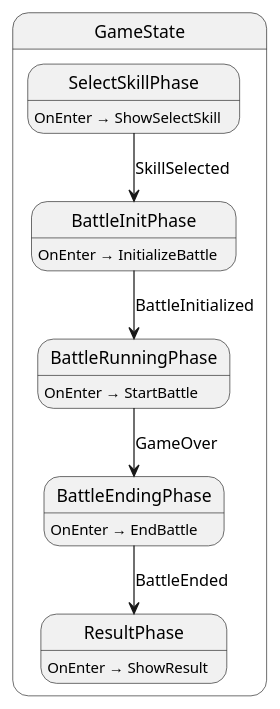
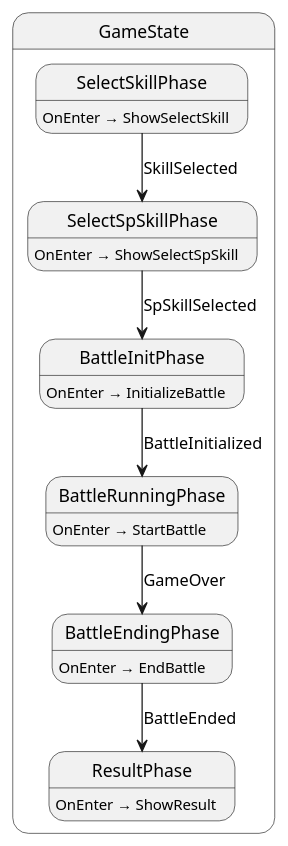
Before and after one commit to Ygoat/EternalJourney: the diagram in src/game/state/GameLogic.g.puml, drawn with PlantUML. The commit also changed 30 other files, not shown here.

```diff
--- a/src/game/state/GameLogic.g.puml
+++ b/src/game/state/GameLogic.g.puml
@@ -1,20 +1,23 @@
 @startuml GameState
 state "GameState" as EternalJourney_Game_State_GameState {
   state "BattleEndingPhase" as EternalJourney_Game_State_GameState_BattleEndingPhase
   state "BattleInitPhase" as EternalJourney_Game_State_GameState_BattleInitPhase
   state "BattleRunningPhase" as EternalJourney_Game_State_GameState_BattleRunningPhase
   state "ResultPhase" as EternalJourney_Game_State_GameState_ResultPhase
   state "SelectSkillPhase" as EternalJourney_Game_State_GameState_SelectSkillPhase
+  state "SelectSpSkillPhase" as EternalJourney_Game_State_GameState_SelectSpSkillPhase
 }
 
 EternalJourney_Game_State_GameState_BattleEndingPhase --> EternalJourney_Game_State_GameState_ResultPhase : BattleEnded
 EternalJourney_Game_State_GameState_BattleInitPhase --> EternalJourney_Game_State_GameState_BattleRunningPhase : BattleInitialized
 EternalJourney_Game_State_GameState_BattleRunningPhase --> EternalJourney_Game_State_GameState_BattleEndingPhase : GameOver
-EternalJourney_Game_State_GameState_SelectSkillPhase --> EternalJourney_Game_State_GameState_BattleInitPhase : SkillSelected
+EternalJourney_Game_State_GameState_SelectSkillPhase --> EternalJourney_Game_State_GameState_SelectSpSkillPhase : SkillSelected
+EternalJourney_Game_State_GameState_SelectSpSkillPhase --> EternalJourney_Game_State_GameState_BattleInitPhase : SpSkillSelected
 
 EternalJourney_Game_State_GameState_BattleEndingPhase : OnEnter → EndBattle
 EternalJourney_Game_State_GameState_BattleInitPhase : OnEnter → InitializeBattle
 EternalJourney_Game_State_GameState_BattleRunningPhase : OnEnter → StartBattle
 EternalJourney_Game_State_GameState_ResultPhase : OnEnter → ShowResult
 EternalJourney_Game_State_GameState_SelectSkillPhase : OnEnter → ShowSelectSkill
+EternalJourney_Game_State_GameState_SelectSpSkillPhase : OnEnter → ShowSelectSpSkill
 @enduml
```
